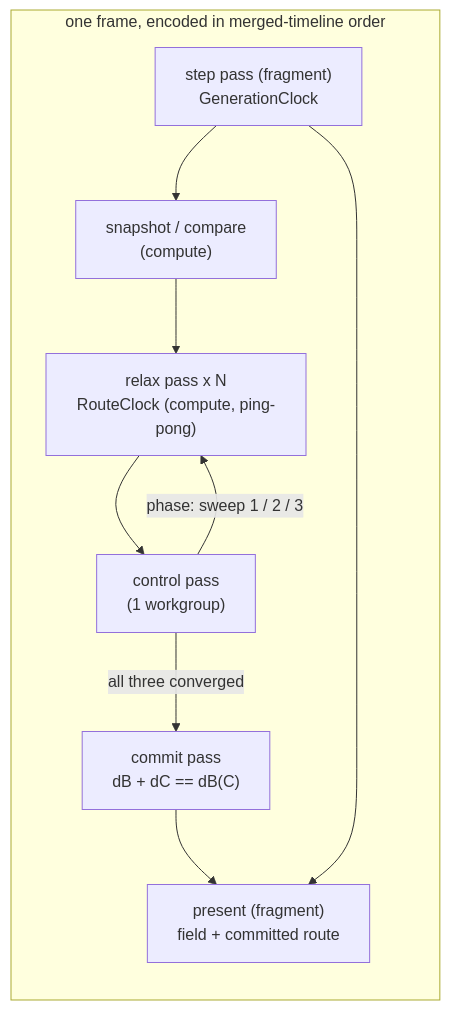
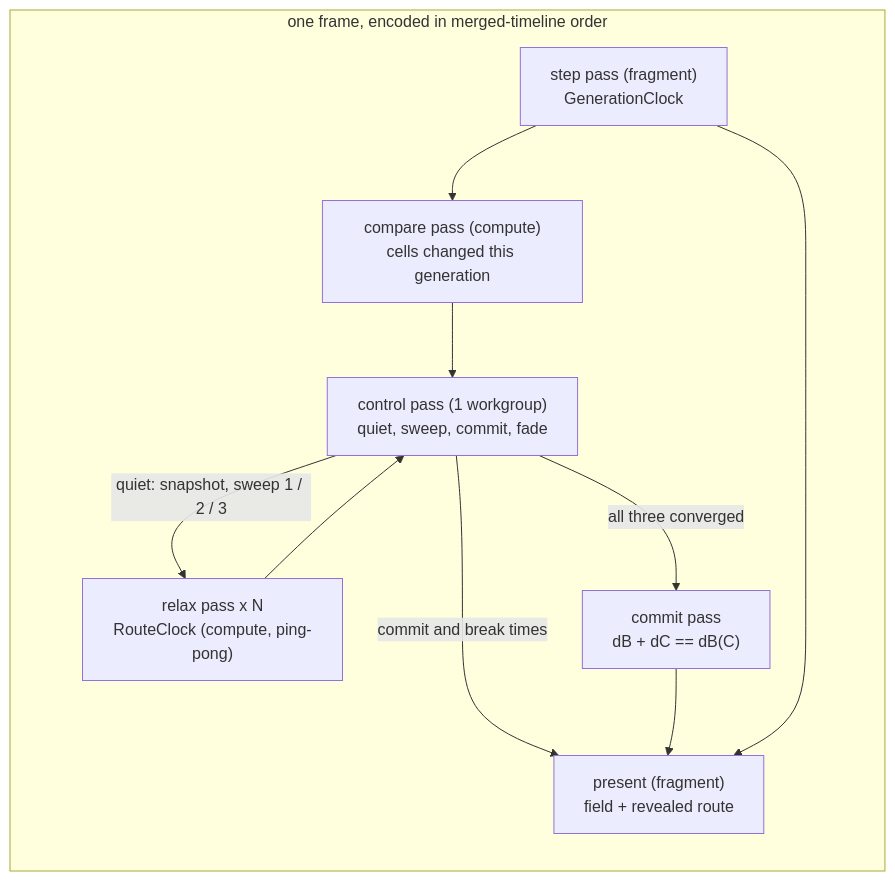
Before and after one commit to IgorKonovalov/Ritmolux: the diagram in docs/plans/0253-the-labyrinth-shows-its-longest-path.md, drawn with Mermaid. The commit also changed other lines of this file and 3 other files, not shown here.

First line of the commit message:
docs(plans): 0253 and ADR-0266 find the maze route in the quiet stretches

````diff
--- a/docs/plans/0253-the-labyrinth-shows-its-longest-path.md
+++ b/docs/plans/0253-the-labyrinth-shows-its-longest-path.md
@@ -50,16 +59,17 @@
 ```mermaid
 flowchart LR
     subgraph frame["one frame, encoded in merged-timeline order"]
         step["step pass (fragment)\nGenerationClock"]
-        snap["snapshot / compare\n(compute)"]
+        cmp["compare pass (compute)\ncells changed this generation"]
         relax["relax pass x N\nRouteClock (compute, ping-pong)"]
-        ctrl["control pass\n(1 workgroup)"]
+        ctrl["control pass (1 workgroup)\nquiet, sweep, commit, fade"]
         commit["commit pass\ndB + dC == dB(C)"]
-        present["present (fragment)\nfield + committed route"]
+        present["present (fragment)\nfield + revealed route"]
     end
-    step --> snap --> relax --> ctrl
-    ctrl -- "phase: sweep 1 / 2 / 3" --> relax
+    step --> cmp --> ctrl
+    ctrl -- "quiet: snapshot, sweep 1 / 2 / 3" --> relax --> ctrl
     ctrl -- "all three converged" --> commit
+    ctrl -- "commit and break times" --> present
     commit --> present
     step --> present
 ```
````
